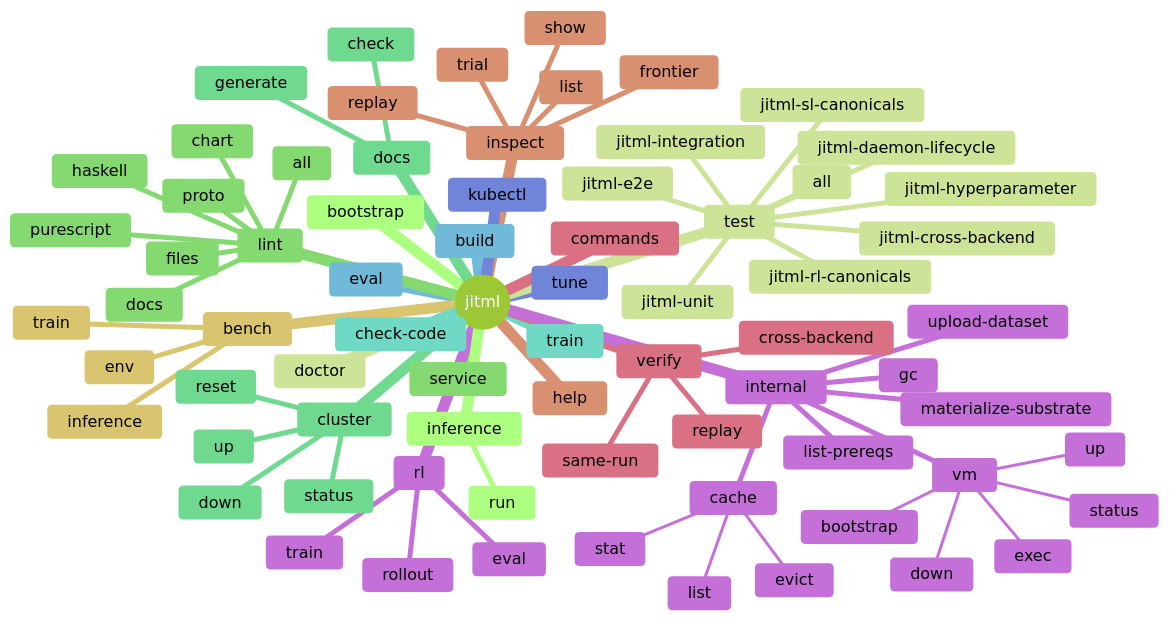
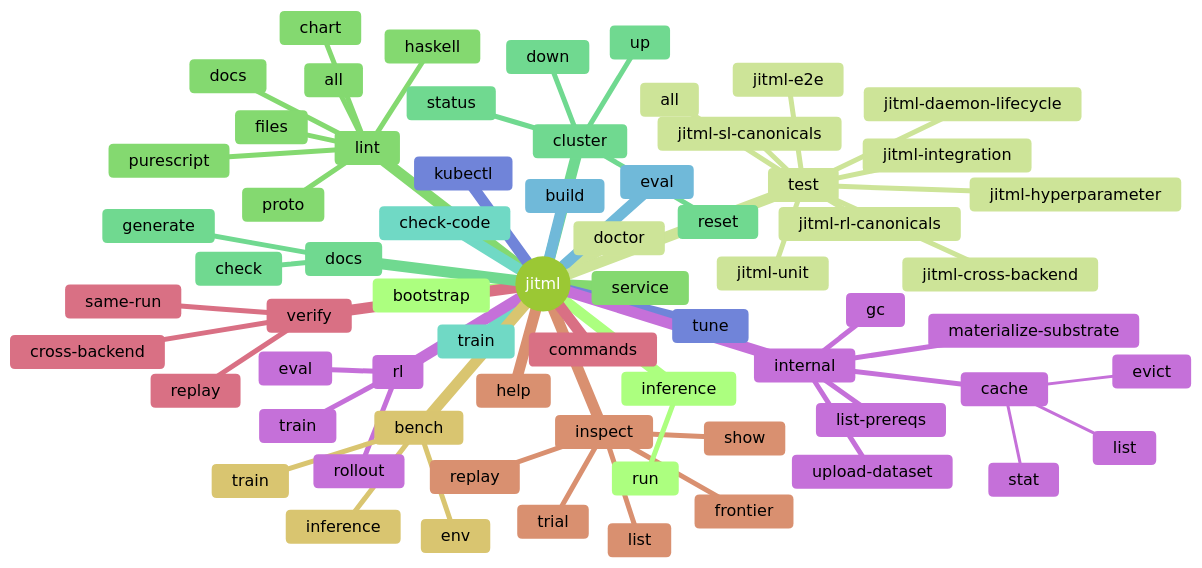
The first of 4 diagrams in README.md (Tuee22/jitML), drawn with Mermaid (forest theme) before and after one commit. The commit also changed other lines of this file and 47 other files, not shown here.

````diff
--- a/README.md
+++ b/README.md
@@ -666,76 +660,70 @@
 ```mermaid
 mindmap
   root((jitml))
     bootstrap
     doctor
     service
     cluster
       up
       down
       status
       reset
     train
     eval
     tune
     rl
       train
       eval
       rollout
     verify
       same-run
       cross-backend
       replay
     inspect
       list
       show
       replay
       trial
       frontier
     bench
       train
       inference
       env
     inference
       run
     test
       all
       jitml-unit
       jitml-integration
       jitml-sl-canonicals
       jitml-rl-canonicals
       jitml-hyperparameter
       jitml-cross-backend
       jitml-daemon-lifecycle
       jitml-e2e
     lint
       files
       docs
       proto
       chart
       haskell
       purescript
       all
     docs
       check
       generate
     check-code
     build
     kubectl
     internal
       materialize-substrate
       list-prereqs
       upload-dataset
       gc
-      vm
-        bootstrap
-        up
-        down
-        status
-        exec
       cache
         stat
         list
         evict
     commands
     help
 ```
````
